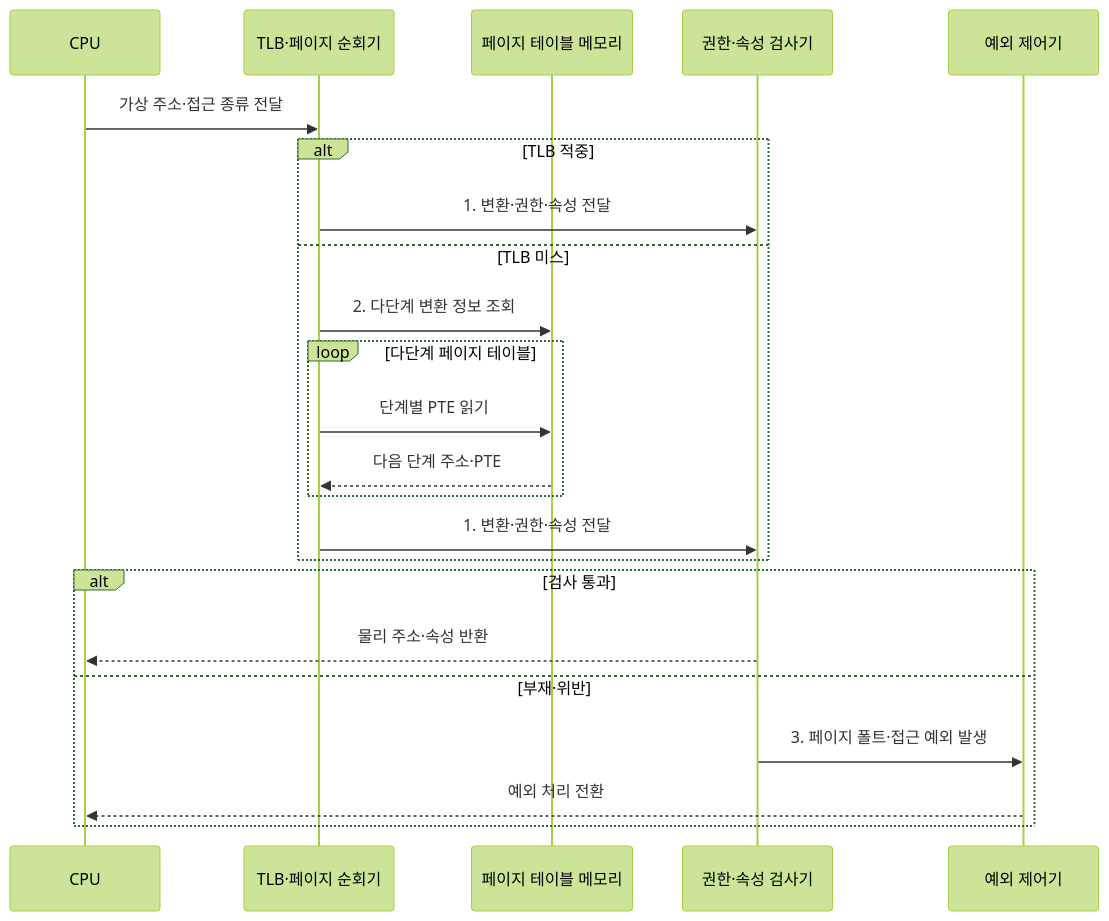
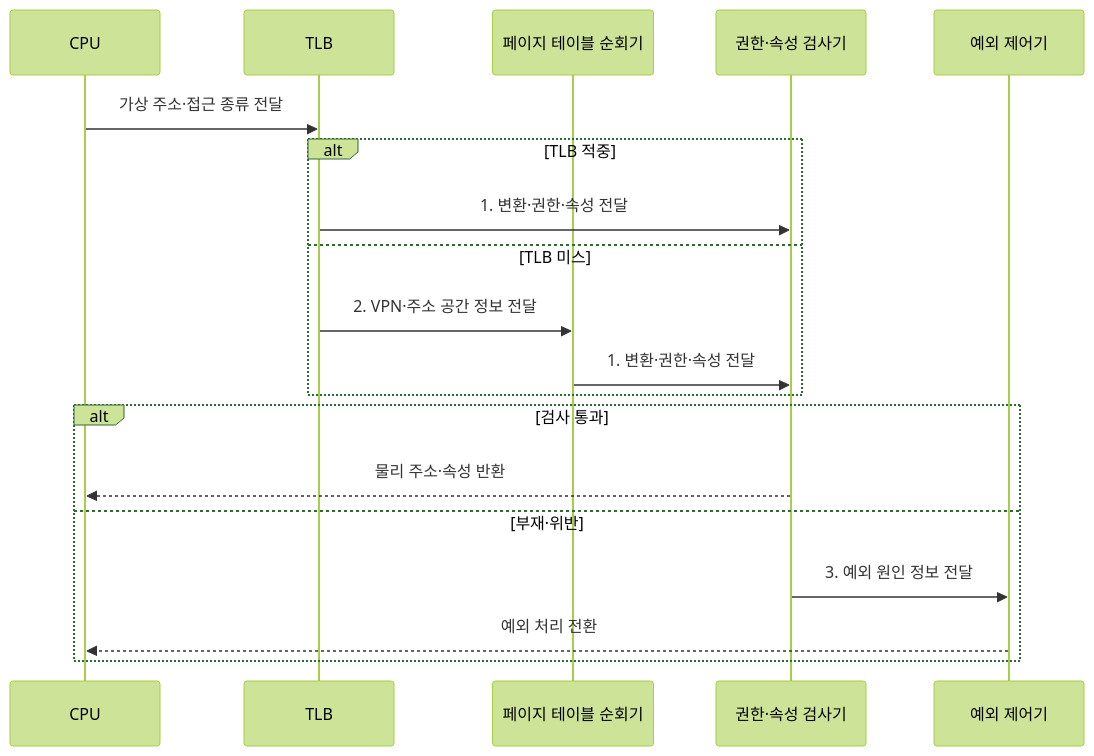
Before and after one commit to agnusdei1207/knowledge-base: the second of 2 diagrams in src/content/docs/notes/02-hardware/020_mmu.md, drawn with Mermaid (forest theme). The commit also changed other lines of this file and 20 other files, not shown here.

````diff
--- a/src/content/docs/notes/02-hardware/020_mmu.md
+++ b/src/content/docs/notes/02-hardware/020_mmu.md
@@ -88,25 +88,21 @@
 ```mermaid
 sequenceDiagram
     participant C as CPU
-    participant V as TLB·페이지 순회기
-    participant M as 페이지 테이블 메모리
+    participant T as TLB
+    participant W as 페이지 테이블 순회기
     participant P as 권한·속성 검사기
     participant E as 예외 제어기
-    C->>V: 가상 주소·접근 종류 전달
+    C->>T: 가상 주소·접근 종류 전달
     alt TLB 적중
-        V->>P: 1. 변환·권한·속성 전달
+        T->>P: 1. 변환·권한·속성 전달
     else TLB 미스
-        V->>M: 2. 다단계 변환 정보 조회
-        loop 다단계 페이지 테이블
-            V->>M: 단계별 PTE 읽기
-            M-->>V: 다음 단계 주소·PTE
-        end
-        V->>P: 1. 변환·권한·속성 전달
+        T->>W: 2. VPN·주소 공간 정보 전달
+        W->>P: 1. 변환·권한·속성 전달
     end
     alt 검사 통과
         P-->>C: 물리 주소·속성 반환
     else 부재·위반
-        P->>E: 3. 페이지 폴트·접근 예외 발생
+        P->>E: 3. 예외 원인 정보 전달
         E-->>C: 예외 처리 전환
     end
 ```
````
